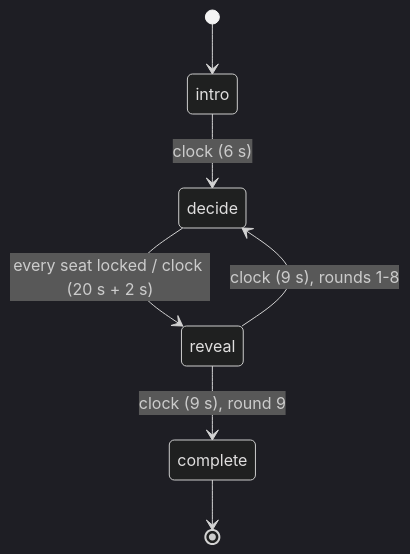
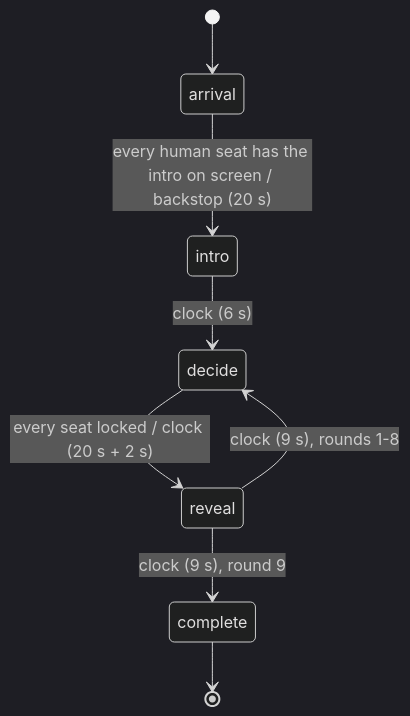
Before and after one commit to yashnil/PEAK3: the diagram in docs/game-design/FIND_THE_PRIME.md, drawn with Mermaid (dark theme). The commit also changed other lines of this file and 22 other files, not shown here.

````diff
--- a/docs/game-design/FIND_THE_PRIME.md
+++ b/docs/game-design/FIND_THE_PRIME.md
@@ -38,9 +38,10 @@
 ```mermaid
 stateDiagram-v2
-  [*] --> intro
+  [*] --> arrival
+  arrival --> intro: every human seat has the intro on screen / backstop (20 s)
   intro --> decide: clock (6 s)
   decide --> reveal: every seat locked / clock (20 s + 2 s)
   reveal --> decide: clock (9 s), rounds 1-8
   reveal --> complete: clock (9 s), round 9
   complete --> [*]
 ```
````
